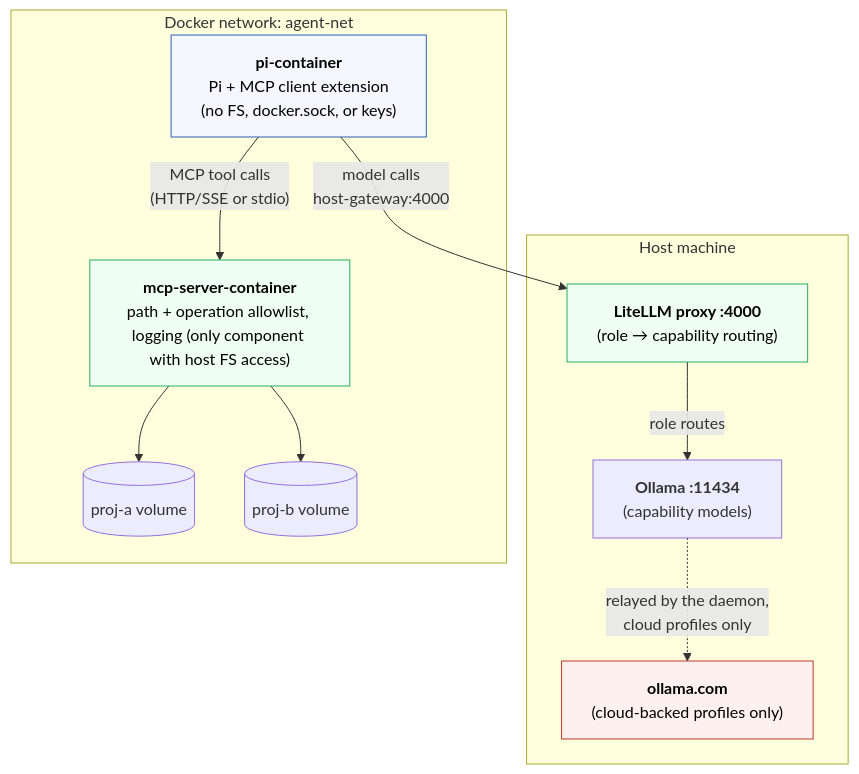
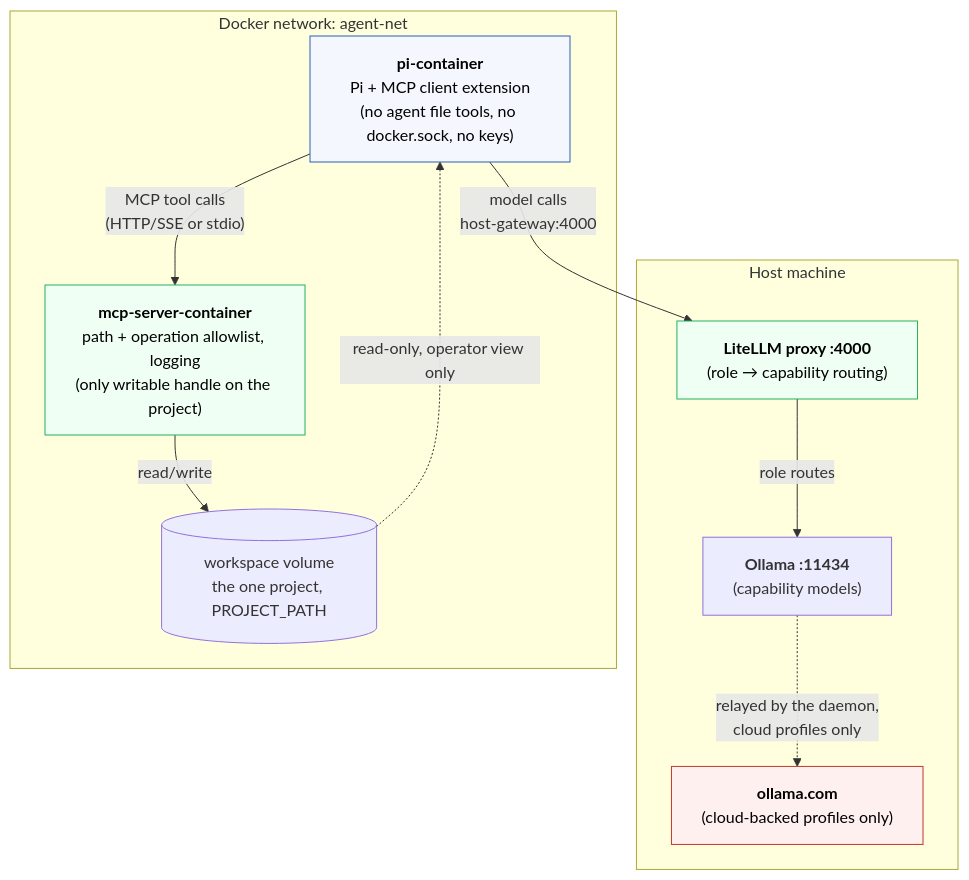
Before and after one commit to kieranpotts/genie: the fourth of 4 diagrams in docs/solution.md, drawn with Mermaid. The commit also changed other lines of this file and 12 other files, not shown here.

````diff
--- a/docs/solution.md
+++ b/docs/solution.md
@@ -202,30 +225,29 @@
 ```mermaid
 flowchart TB
   subgraph Host["Host machine"]
     Ollama["<b>Ollama :11434</b><br/>(capability models)"]
     Proxy["<b>LiteLLM proxy :4000</b><br/>(role → capability routing)"]
     Cloud["<b>ollama.com</b><br/>(cloud-backed profiles only)"]
     Proxy -->|"role routes"| Ollama
     Ollama -.->|"relayed by the daemon,<br/>cloud profiles only"| Cloud
   end
 
   subgraph Net["Docker network: agent-net"]
-    Pi["<b>pi-container</b><br/>Pi + MCP client extension<br/>(no FS, docker.sock, or keys)"]
-    MCP["<b>mcp-server-container</b><br/>path + operation allowlist, logging (only component with host FS access)"]
-    VolA[("proj-a volume")]
-    VolB[("proj-b volume")]
+    Pi["<b>pi-container</b><br/>Pi + MCP client extension<br/>(no agent file tools, no docker.sock, no keys)"]
+    MCP["<b>mcp-server-container</b><br/>path + operation allowlist, logging<br/>(only writable handle on the project)"]
+    Vol[("workspace volume<br/>the one project, PROJECT_PATH")]
 
     Pi -->|"MCP tool calls<br/>(HTTP/SSE or stdio)"| MCP
-    MCP --> VolA
-    MCP --> VolB
+    MCP -->|"read/write"| Vol
+    Vol -.->|"read-only, operator view only"| Pi
   end
 
   Pi -->|"model calls<br/>host-gateway:4000"| Proxy
 
   classDef danger fill:#fff0f0,stroke:#c0392b,color:#000;
   classDef guard fill:#f0fff4,stroke:#27ae60,color:#000;
   classDef agent fill:#f5f7ff,stroke:#2c5fb3,color:#000;
   class Proxy,MCP guard;
   class Pi agent;
   class Cloud danger;
 ```
````
